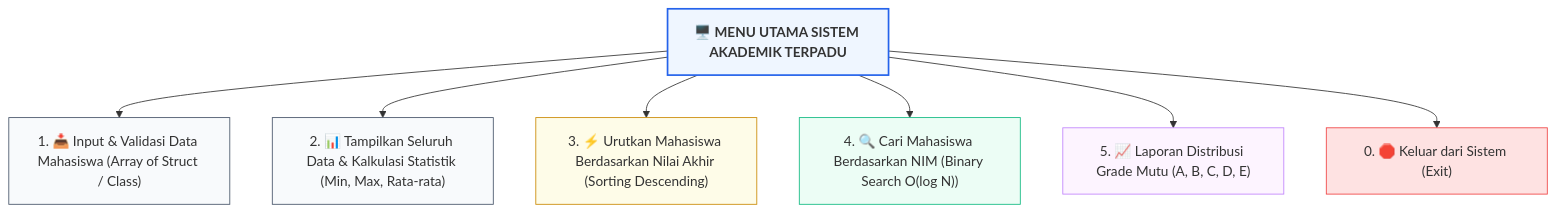
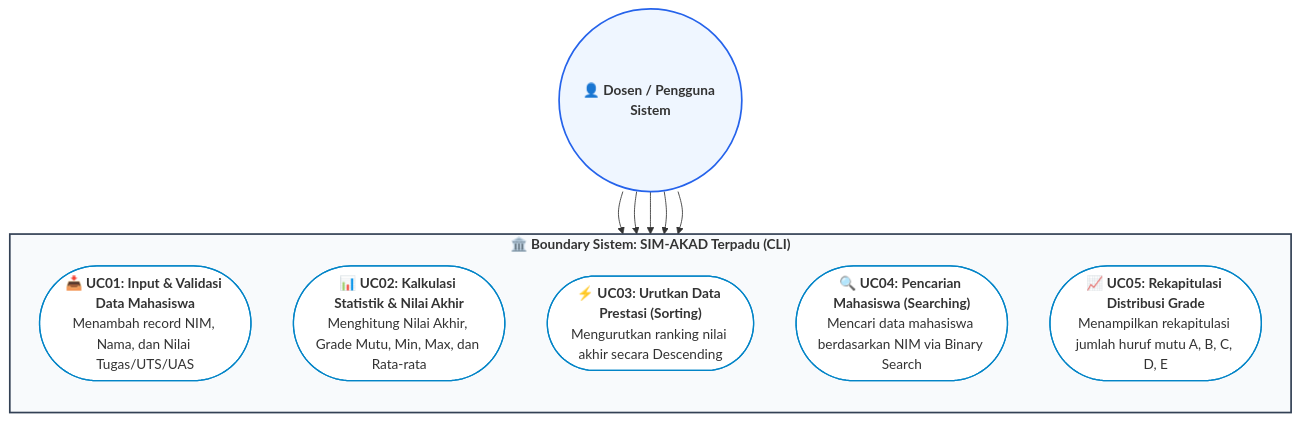
Before and after one commit to mahendaruui/Perkuliahan: the diagram in docs/algoritma-pemrograman/SOAL_UAS.md, drawn with Mermaid.

Commit message:
docs: refactor exam flowchart into use case diagram for SIM-AKAD system

````diff
--- a/docs/algoritma-pemrograman/SOAL_UAS.md
+++ b/docs/algoritma-pemrograman/SOAL_UAS.md
@@ -37,18 +37,27 @@
 ```mermaid
 flowchart TD
-    Menu["🖥️ <b>MENU UTAMA SISTEM AKADEMIK TERPADU</b>"]
-    --> Opt1["1. 📥 Input & Validasi Data Mahasiswa (Array of Struct / Class)"]
-    Menu --> Opt2["2. 📊 Tampilkan Seluruh Data & Kalkulasi Statistik (Min, Max, Rata-rata)"]
-    Menu --> Opt3["3. ⚡ Urutkan Mahasiswa Berdasarkan Nilai Akhir (Sorting Descending)"]
-    Menu --> Opt4["4. 🔍 Cari Mahasiswa Berdasarkan NIM (Binary Search O(log N))"]
-    Menu --> Opt5["5. 📈 Laporan Distribusi Grade Mutu (A, B, C, D, E)"]
-    Menu --> Opt0["0. 🛑 Keluar dari Sistem (Exit)"]
+    Actor(("👤 <b>Dosen / Pengguna Sistem</b>"))
 
-    style Menu fill:#eff6ff,stroke:#2563eb,stroke-width:2px
-    style Opt1 fill:#f8fafc,stroke:#475569,stroke-width:1px
-    style Opt2 fill:#f8fafc,stroke:#475569,stroke-width:1px
-    style Opt3 fill:#fefce8,stroke:#ca8a04,stroke-width:1px
-    style Opt4 fill:#ecfdf5,stroke:#10b981,stroke-width:1px
-    style Opt5 fill:#fdf4ff,stroke:#c084fc,stroke-width:1px
-    style Opt0 fill:#fee2e2,stroke:#ef4444,stroke-width:1px
+    subgraph SystemBoundary["🏛️ <b>Boundary Sistem: SIM-AKAD Terpadu (CLI)</b>"]
+        direction TB
+        UC1(["📥 <b>UC01: Input & Validasi Data Mahasiswa</b><br>Menambah record NIM, Nama, dan Nilai Tugas/UTS/UAS"])
+        UC2(["📊 <b>UC02: Kalkulasi Statistik & Nilai Akhir</b><br>Menghitung Nilai Akhir, Grade Mutu, Min, Max, dan Rata-rata"])
+        UC3(["⚡ <b>UC03: Urutkan Data Prestasi (Sorting)</b><br>Mengurutkan ranking nilai akhir secara Descending"])
+        UC4(["🔍 <b>UC04: Pencarian Mahasiswa (Searching)</b><br>Mencari data mahasiswa berdasarkan NIM via Binary Search"])
+        UC5(["📈 <b>UC05: Rekapitulasi Distribusi Grade</b><br>Menampilkan rekapitulasi jumlah huruf mutu A, B, C, D, E"])
+    end
+
+    Actor --> UC1
+    Actor --> UC2
+    Actor --> UC3
+    Actor --> UC4
+    Actor --> UC5
+
+    style Actor fill:#eff6ff,stroke:#2563eb,stroke-width:2px
+    style SystemBoundary fill:#f8fafc,stroke:#334155,stroke-width:2px
+    style UC1 fill:#ffffff,stroke:#0284c7,stroke-width:1.5px
+    style UC2 fill:#ffffff,stroke:#0284c7,stroke-width:1.5px
+    style UC3 fill:#ffffff,stroke:#0284c7,stroke-width:1.5px
+    style UC4 fill:#ffffff,stroke:#0284c7,stroke-width:1.5px
+    style UC5 fill:#ffffff,stroke:#0284c7,stroke-width:1.5px
 ```
````
